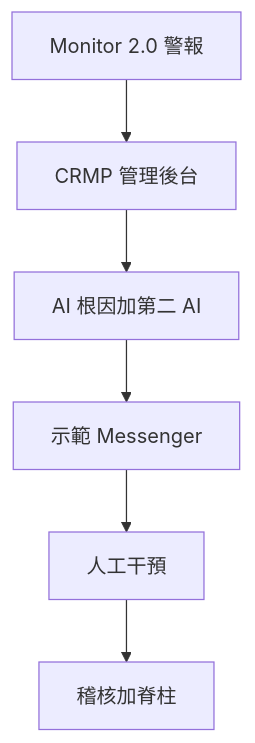
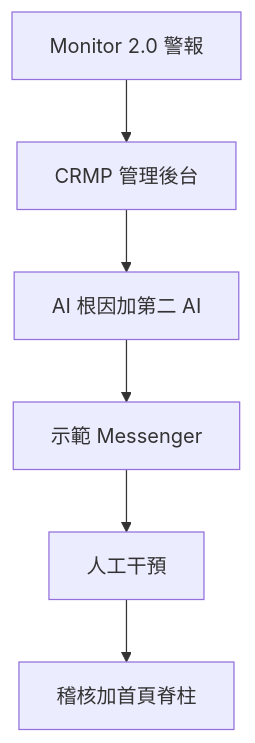
The first of 11 diagrams in platform/docs/USER_GUIDE.zh-Hant.md (hxyan2020/PRD), drawn with Mermaid before and after one commit. The commit also changed other lines of this file and 29 other files, not shown here.

````diff
--- a/platform/docs/USER_GUIDE.zh-Hant.md
+++ b/platform/docs/USER_GUIDE.zh-Hant.md
@@ -29,8 +30,8 @@
 ```mermaid
 graph TD
   Monitor[Monitor 2.0 警報] --> Desk[CRMP 管理後台]
   Desk --> AI[AI 根因加第二 AI]
   AI --> Msg[示範 Messenger]
   Msg --> Human[人工干預]
-  Human --> Audit[稽核加脊柱]
+  Human --> Audit[稽核加首頁脊柱]
 ```
````
